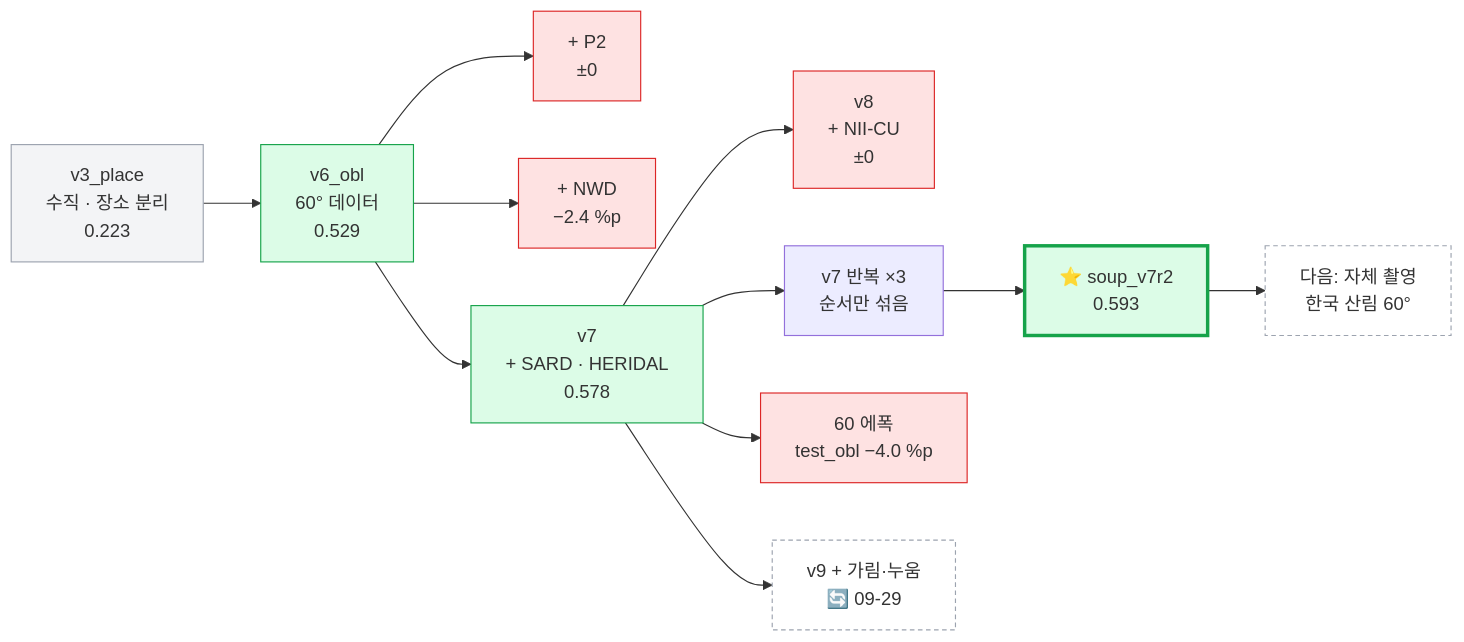
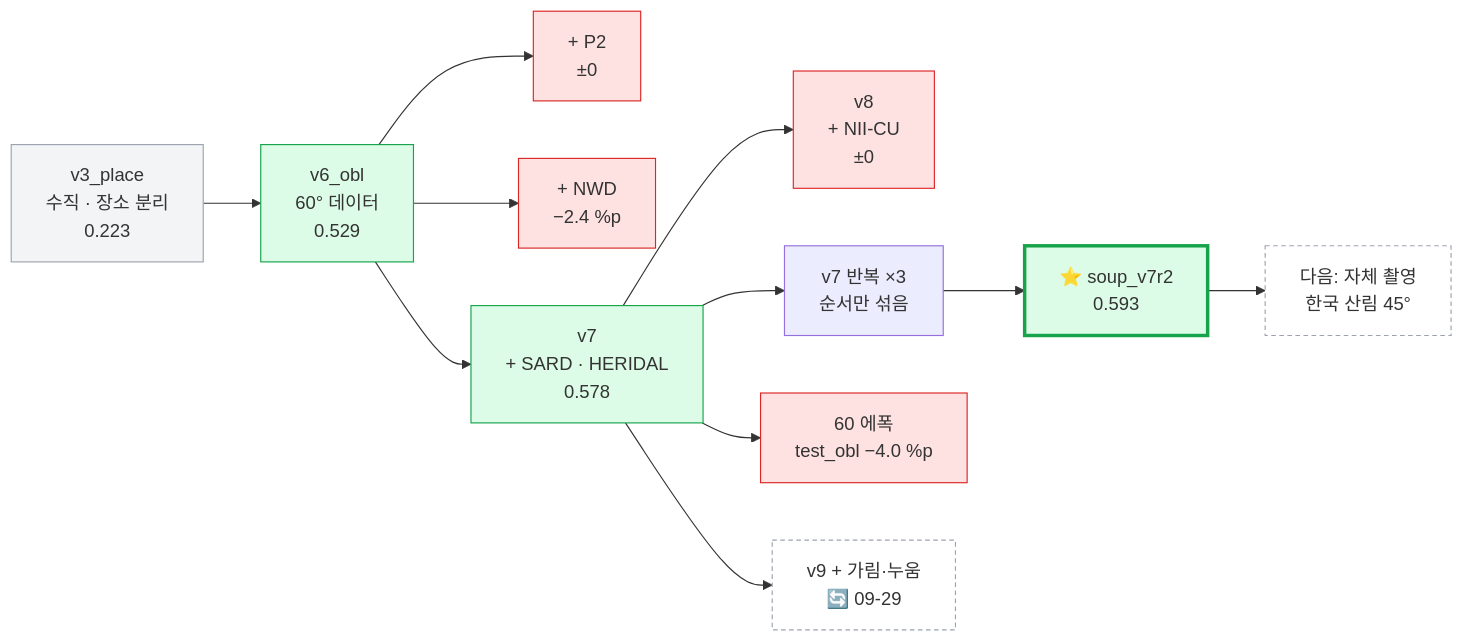
The second of 2 diagrams in obsidian/11 서버 학습 계획/00 학습 계획 한눈에.md (tim9985/Capstone), drawn with Mermaid before and after one commit. The commit also changed other lines of this file and 106 other files, not shown here.

````diff
--- a/obsidian/11 서버 학습 계획/00 학습 계획 한눈에.md
+++ b/obsidian/11 서버 학습 계획/00 학습 계획 한눈에.md
@@ -54,18 +55,18 @@
 ```mermaid
 flowchart LR
     V3["v3_place<br/>수직 · 장소 분리<br/>0.223"]:::old --> V6["v6_obl<br/>60° 데이터<br/>0.529"]:::ok
     V6 --> P2["+ P2<br/>±0"]:::no
     V6 --> NWD["+ NWD<br/>−2.4 %p"]:::no
     V6 --> V7["v7<br/>+ SARD · HERIDAL<br/>0.578"]:::ok
     V7 --> V8["v8<br/>+ NII-CU<br/>±0"]:::no
     V7 --> R["v7 반복 ×3<br/>순서만 섞음"]
     V7 --> E60["60 에폭<br/>test_obl −4.0 %p"]:::no
     V7 --> V9["v9 + 가림·누움<br/>🔄 09-29"]:::plan
     R --> S["⭐ soup_v7r2<br/>0.593"]:::star
-    S --> OWN["다음: 자체 촬영<br/>한국 산림 60°"]:::plan
+    S --> OWN["다음: 자체 촬영<br/>한국 산림 45°"]:::plan
     classDef ok fill:#dcfce7,stroke:#16a34a
     classDef star fill:#dcfce7,stroke:#16a34a,stroke-width:3px
     classDef no fill:#fee2e2,stroke:#dc2626
     classDef old fill:#f3f4f6,stroke:#9ca3af
     classDef plan fill:#fff,stroke:#9ca3af,stroke-dasharray:4 3
 ```
````
